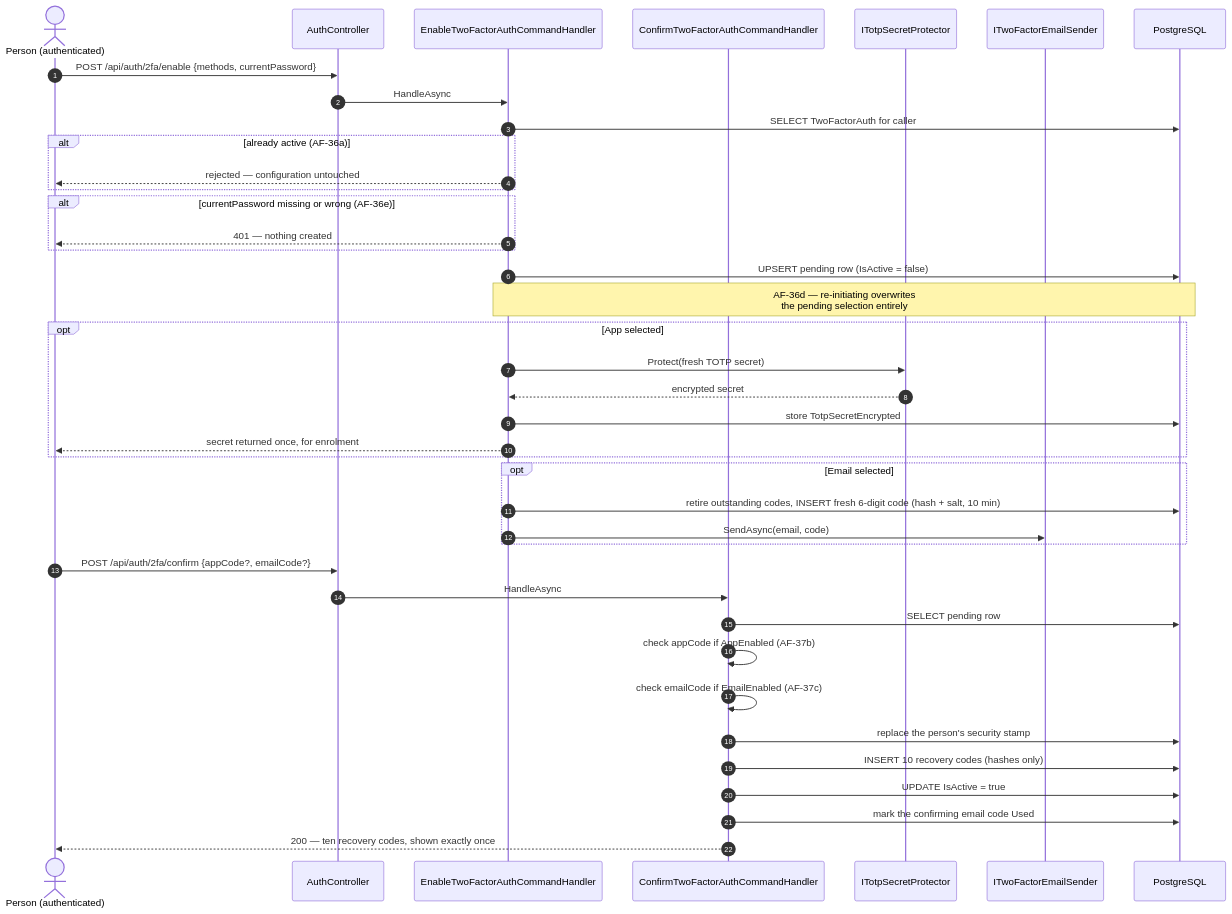
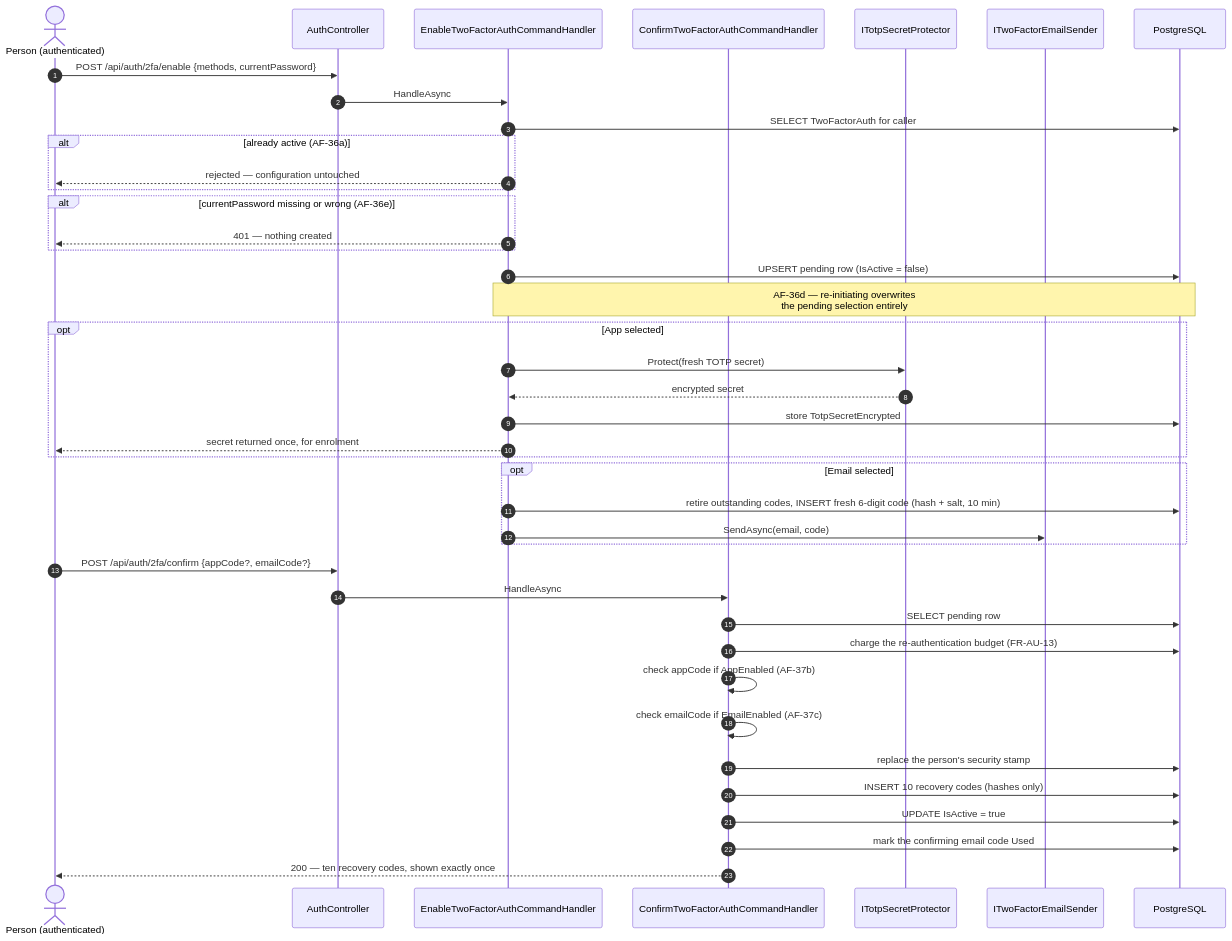
Before and after one commit to artur-rios/heimdall-api: the second of 3 diagrams in docs/content/en/docs/flows/two-factor.md, drawn with Mermaid. The commit also changed other lines of this file and 11 other files, not shown here.

````diff
--- a/docs/content/en/docs/flows/two-factor.md
+++ b/docs/content/en/docs/flows/two-factor.md
@@ -30,45 +30,46 @@
 ```mermaid
 sequenceDiagram
     autonumber
     actor P as Person (authenticated)
     participant AC as AuthController
     participant EH as EnableTwoFactorAuthCommandHandler
     participant CH as ConfirmTwoFactorAuthCommandHandler
     participant TP as ITotpSecretProtector
     participant ES as ITwoFactorEmailSender
     participant DB as PostgreSQL
 
     P->>AC: POST /api/auth/2fa/enable {methods, currentPassword}
     AC->>EH: HandleAsync
     EH->>DB: SELECT TwoFactorAuth for caller
     alt already active (AF-36a)
         EH-->>P: rejected — configuration untouched
     end
     alt currentPassword missing or wrong (AF-36e)
         EH-->>P: 401 — nothing created
     end
     EH->>DB: UPSERT pending row (IsActive = false)
     Note over EH,DB: AF-36d — re-initiating overwrites<br/>the pending selection entirely
 
     opt App selected
         EH->>TP: Protect(fresh TOTP secret)
         TP-->>EH: encrypted secret
         EH->>DB: store TotpSecretEncrypted
         EH-->>P: secret returned once, for enrolment
     end
     opt Email selected
         EH->>DB: retire outstanding codes, INSERT fresh 6-digit code (hash + salt, 10 min)
         EH->>ES: SendAsync(email, code)
     end
 
     P->>AC: POST /api/auth/2fa/confirm {appCode?, emailCode?}
     AC->>CH: HandleAsync
     CH->>DB: SELECT pending row
+    CH->>DB: charge the re-authentication budget (FR-AU-13)
     CH->>CH: check appCode if AppEnabled (AF-37b)
     CH->>CH: check emailCode if EmailEnabled (AF-37c)
     CH->>DB: replace the person's security stamp
     CH->>DB: INSERT 10 recovery codes (hashes only)
     CH->>DB: UPDATE IsActive = true
     CH->>DB: mark the confirming email code Used
     CH-->>P: 200 — ten recovery codes, shown exactly once
 ```
````
